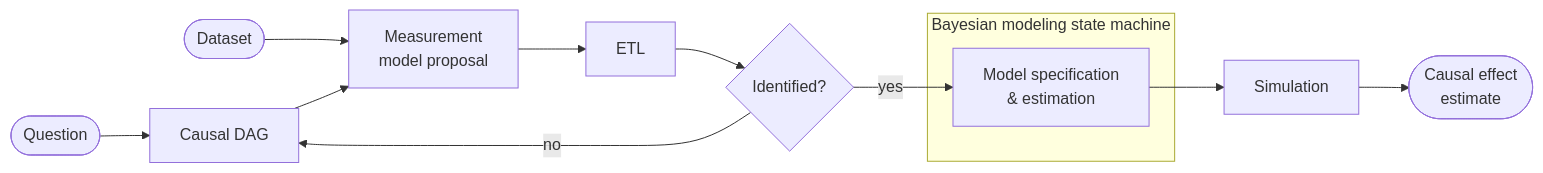
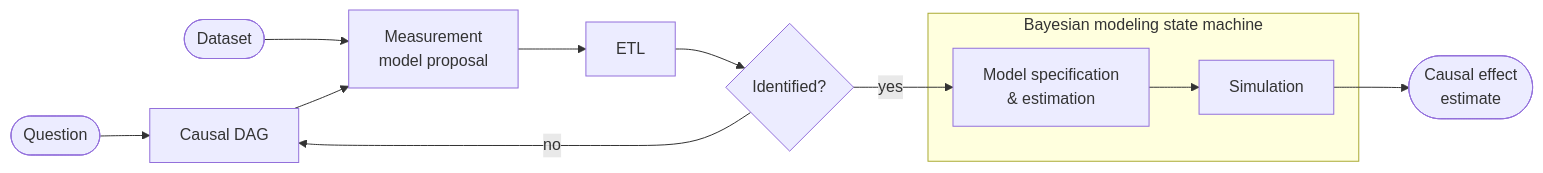
Before and after one commit to ma9o/causal-ssm-agent: the diagram in README.md, drawn with Mermaid. The commit also changed other lines of this file and 450 other files, not shown here.

````diff
--- a/README.md
+++ b/README.md
@@ -14,21 +14,21 @@
 ```mermaid
 flowchart LR
   Q(["Question"])
   DS(["Dataset"])
   L["Causal DAG"]
   M["Measurement\nmodel proposal"]
   ID{"Identified?"}
   MS["Model specification\n& estimation"]
   SIM["Simulation"]
   R(["Causal effect\nestimate"])
 
   Q --> L 
   DS --> M 
   L --> M --> ETL --> ID
   ID -- yes --> MS
   subgraph Bayesian modeling state machine 
-  MS
+  MS --> SIM
   end
-  MS --> SIM --> R
+  SIM --> R
   ID -- no --> L
 ```
````
